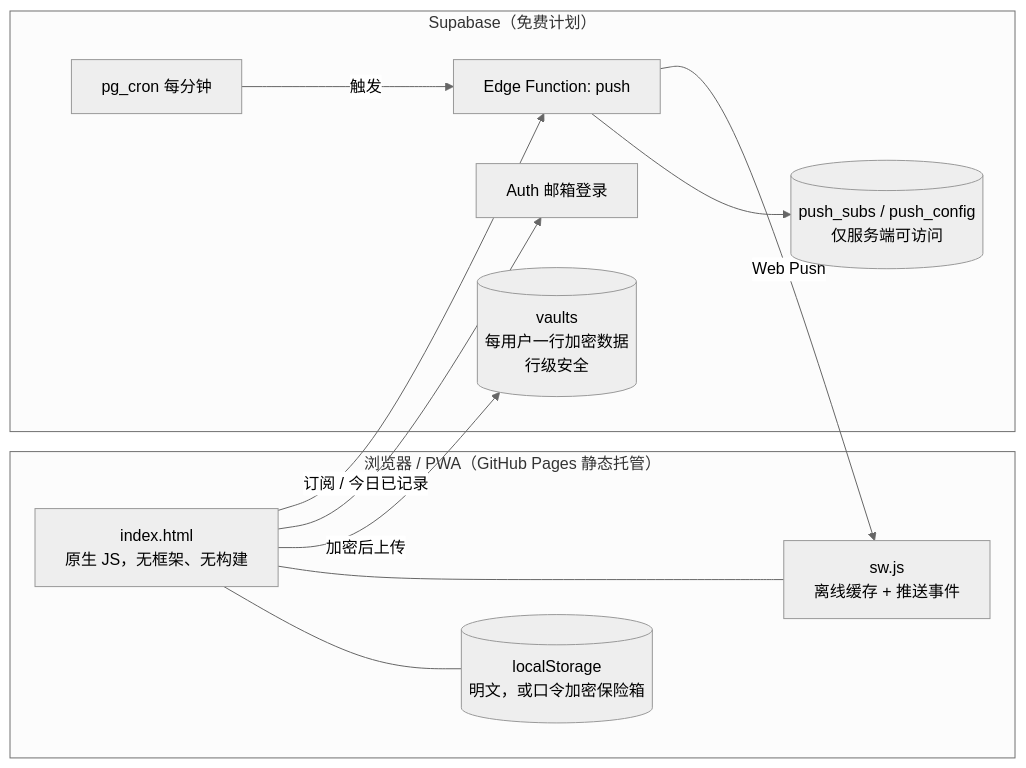
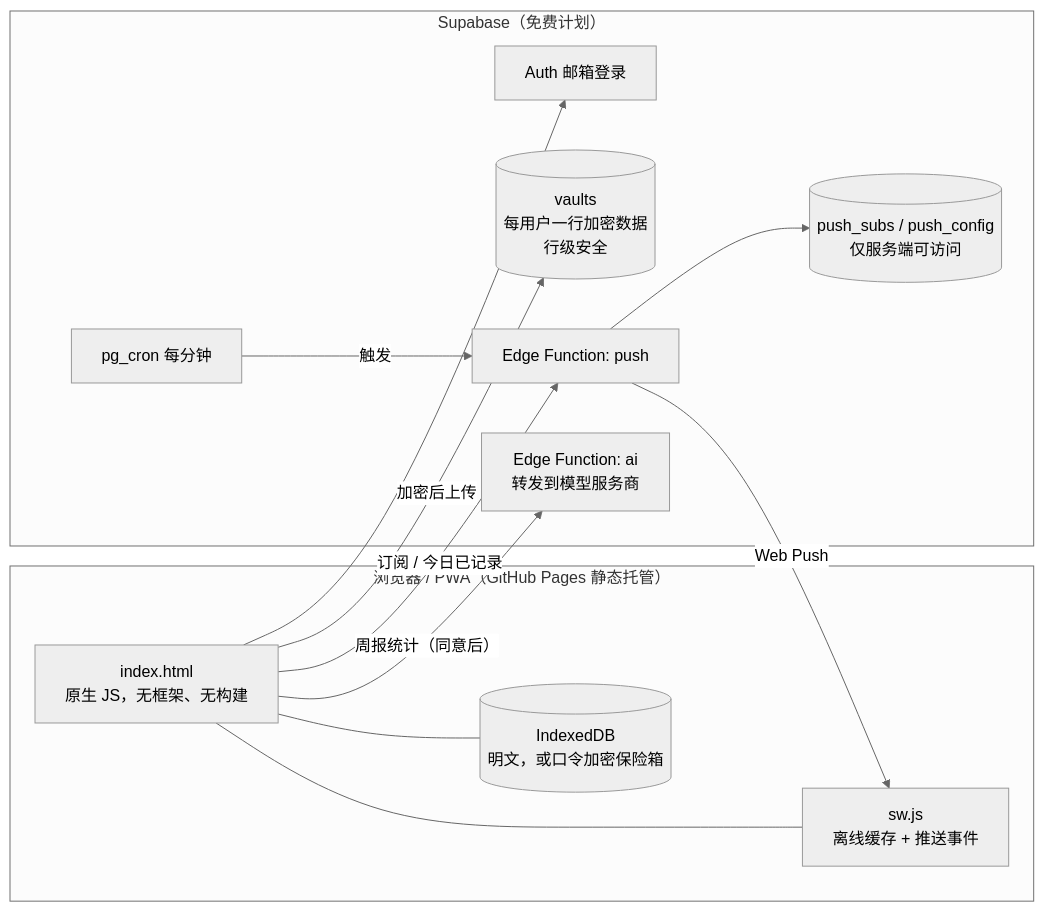
Before and after one commit to cjy20040604-hub/mood-diary: the diagram in README.md, drawn with Mermaid (neutral theme). The commit also changed other lines of this file and 4 other files, not shown here.

````diff
--- a/README.md
+++ b/README.md
@@ -83,23 +89,25 @@
 ```mermaid
 flowchart LR
   subgraph 浏览器["浏览器 / PWA（GitHub Pages 静态托管）"]
     UI["index.html<br/>原生 JS，无框架、无构建"]
     SW["sw.js<br/>离线缓存 + 推送事件"]
-    LS[("localStorage<br/>明文，或口令加密保险箱")]
+    LS[("IndexedDB<br/>明文，或口令加密保险箱")]
     UI --- LS
     UI --- SW
   end
   subgraph Supabase["Supabase（免费计划）"]
     AUTH["Auth 邮箱登录"]
     V[("vaults<br/>每用户一行加密数据<br/>行级安全")]
     FN["Edge Function: push"]
+    AI["Edge Function: ai<br/>转发到模型服务商"]
     P[("push_subs / push_config<br/>仅服务端可访问")]
     CRON["pg_cron 每分钟"]
   end
   UI -- "加密后上传" --> V
   UI --> AUTH
   UI -- "订阅 / 今日已记录" --> FN
+  UI -- "周报统计（同意后）" --> AI
   CRON -- "触发" --> FN
   FN --> P
   FN -- "Web Push" --> SW
 ```
````
